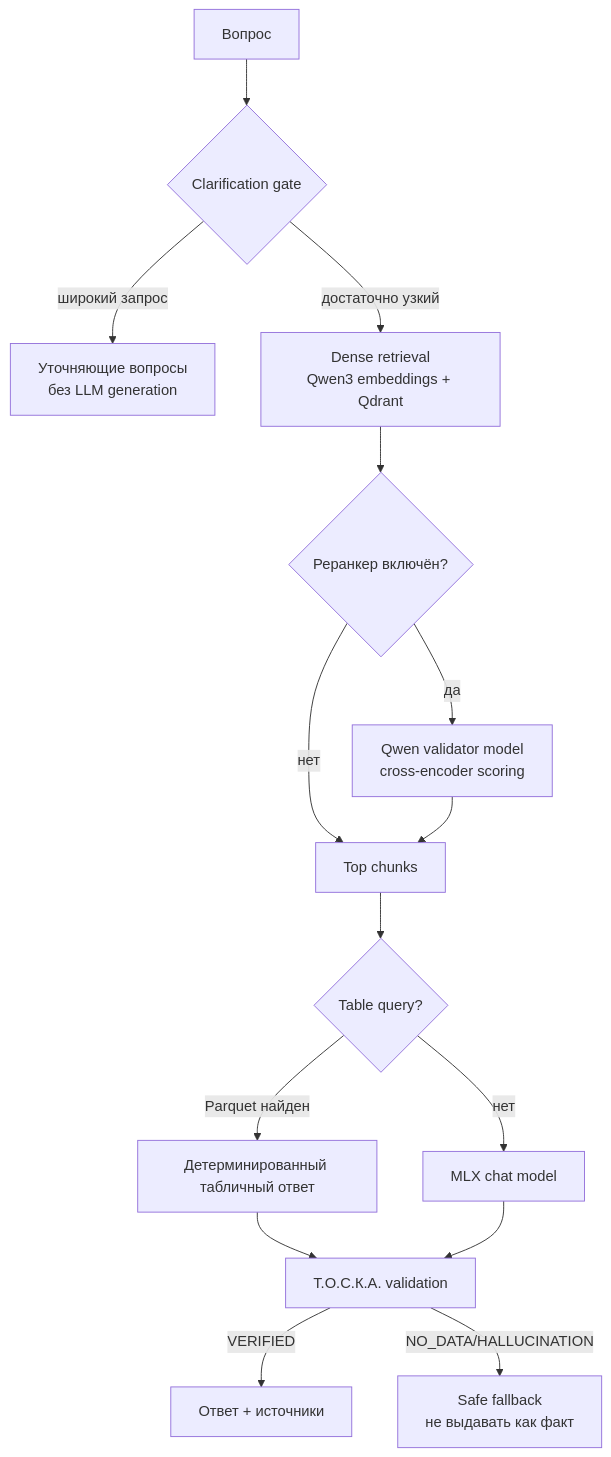
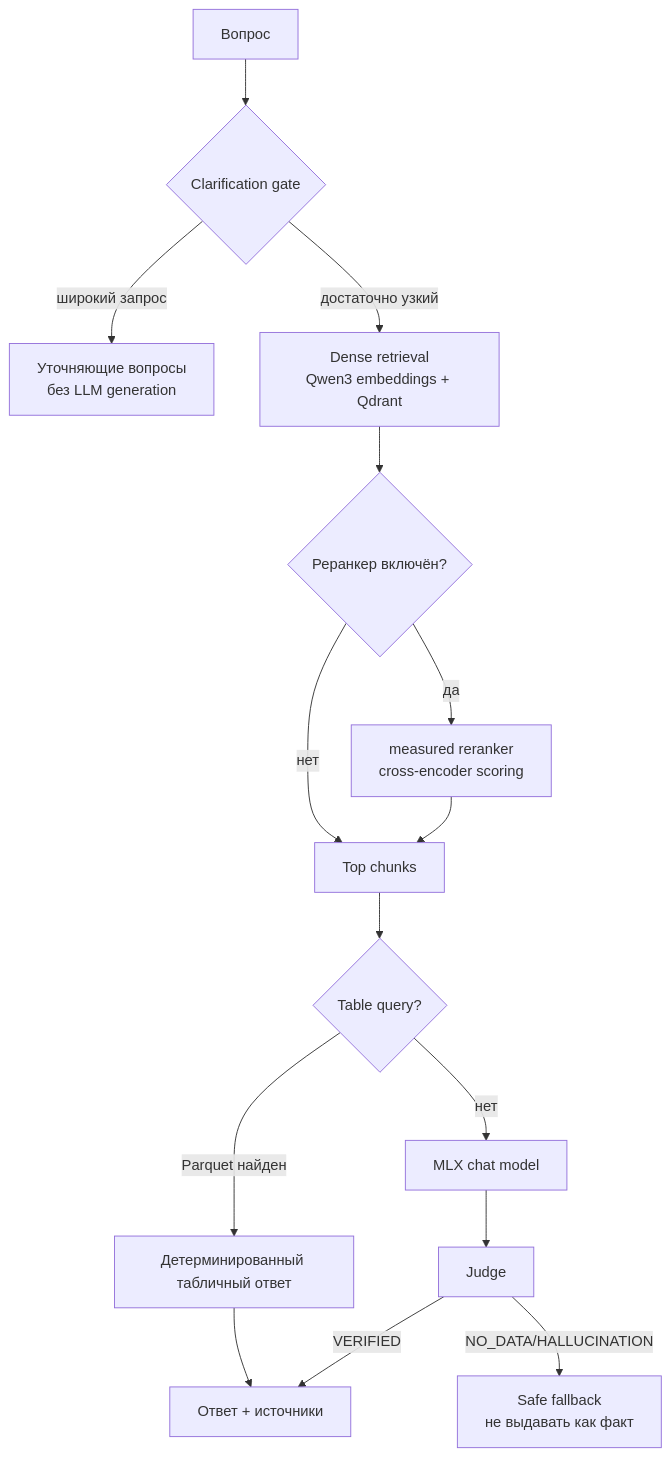
Before and after one commit to proovcme/les_rag_public: the second of 3 diagrams in README.md, drawn with Mermaid. The commit also changed other lines of this file and 73 other files, not shown here.

````diff
--- a/README.md
+++ b/README.md
@@ -55,17 +55,17 @@
 ```mermaid
 flowchart TD
     Q[Вопрос] --> C{Clarification gate}
     C -->|широкий запрос| Ask[Уточняющие вопросы<br/>без LLM generation]
     C -->|достаточно узкий| Ret[Dense retrieval<br/>Qwen3 embeddings + Qdrant]
     Ret --> Rerank{Реранкер включён?}
-    Rerank -->|да| RR[Qwen validator model<br/>cross-encoder scoring]
+    Rerank -->|да| RR[measured reranker<br/>cross-encoder scoring]
     Rerank -->|нет| Ctx[Top chunks]
     RR --> Ctx
     Ctx --> Table{Table query?}
     Table -->|Parquet найден| Exact[Детерминированный табличный ответ]
     Table -->|нет| Gen[MLX chat model]
-    Exact --> Judge[Т.О.С.К.А. validation]
+    Exact --> Answer
     Gen --> Judge
     Judge -->|VERIFIED| Answer[Ответ + источники]
     Judge -->|NO_DATA/HALLUCINATION| Safe[Safe fallback<br/>не выдавать как факт]
 ```
````
